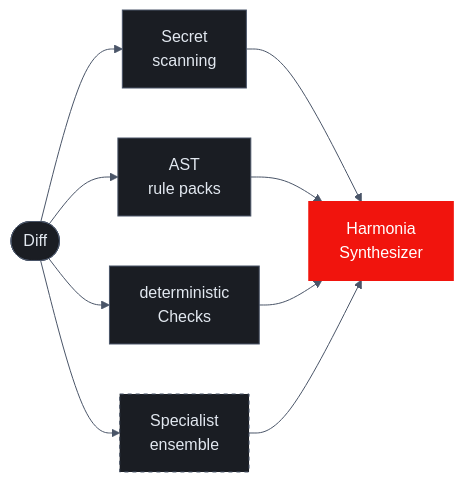
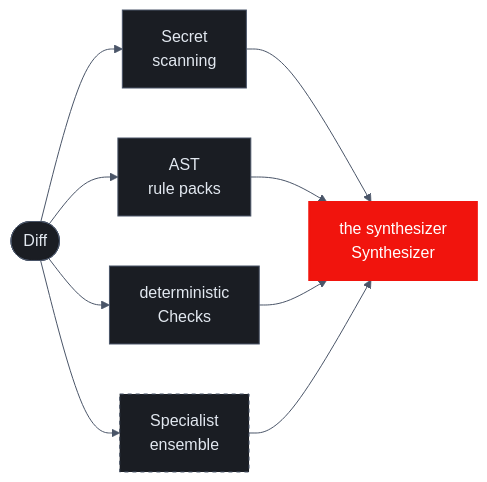
The diagram in pages/how-it-works/deterministic-checks.mdx (Arc-and-Anchor/sigilix-docs), drawn with Mermaid before and after one commit. The commit also changed other lines of this file and 37 other files, not shown here.

First line of the commit message:
docs: remove specialist proper nouns, enrich architecture diagrams, BYOK/chat fix, card + editLink polish

````diff
--- a/pages/how-it-works/deterministic-checks.mdx
+++ b/pages/how-it-works/deterministic-checks.mdx
@@ -26,32 +26,32 @@
 ```mermaid
 %%{init: {
   'theme': 'base',
   'themeVariables': {
     'primaryColor': '#1A1D23',
     'primaryTextColor': '#E2E8F0',
     'primaryBorderColor': '#4A5568',
     'lineColor': '#4A5568',
     'fontFamily': 'ui-monospace, SFMono-Regular, Menlo, Monaco, Consolas, monospace'
   }
 } }%%
 flowchart LR
     diff([Diff])
     sec["Secret<br/>scanning"]
     ast["AST<br/>rule packs"]
     det["deterministic<br/>Checks"]
     ensemble["Specialist<br/>ensemble"]
-    zeus["Harmonia<br/>Synthesizer"]
+    zeus["the synthesizer<br/>Synthesizer"]
 
     diff --> sec --> zeus
     diff --> ast --> zeus
     diff --> det --> zeus
     diff --> ensemble --> zeus
 
     classDef pre fill:#1A1D23,stroke:#4A5568,color:#E2E8F0,stroke-width:1px
     classDef llm fill:#1A1D23,stroke:#4A5568,color:#E2E8F0,stroke-width:1px,stroke-dasharray: 4 4
     classDef zeusStyle fill:#f1140d,stroke:#f1140d,color:#FFFFFF,stroke-width:2px
 
     class sec,ast,det pre
     class ensemble llm
     class zeus zeusStyle
 ```
````
